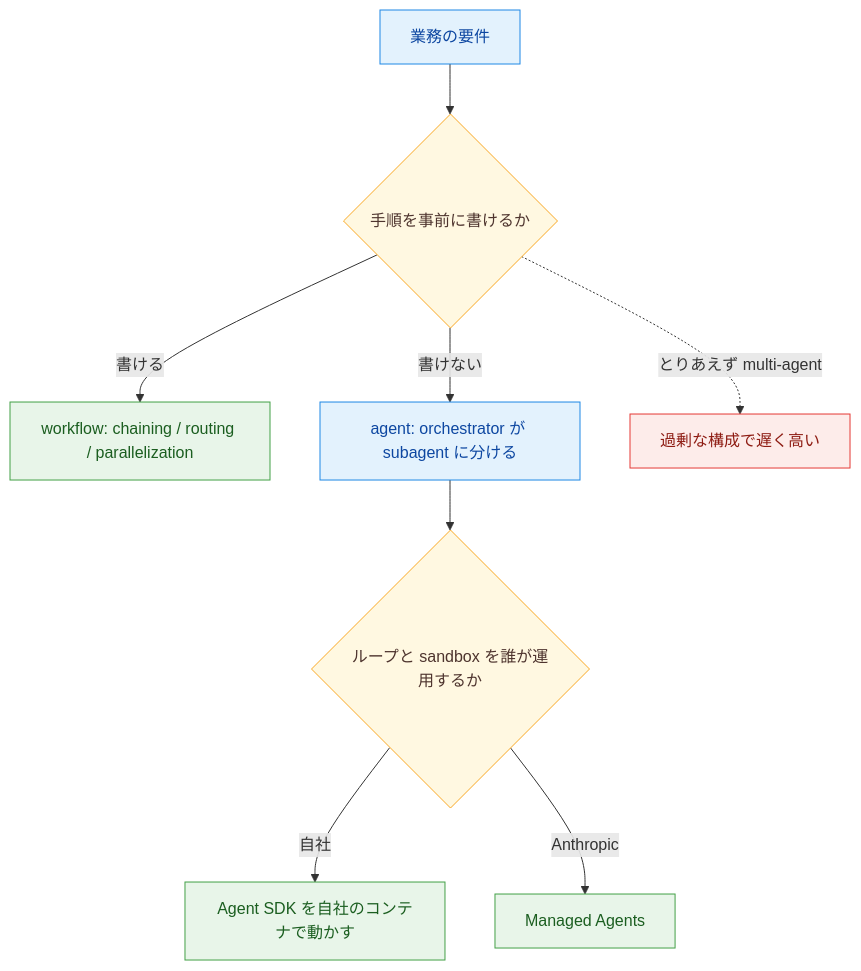
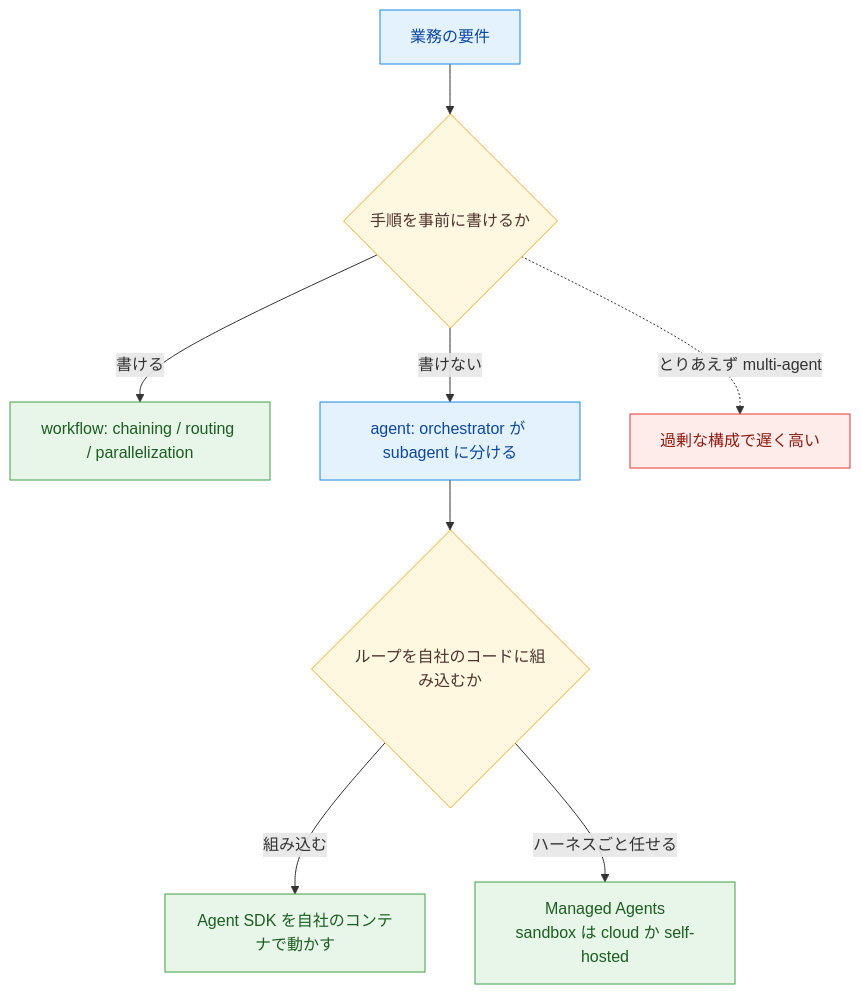
Before and after one commit to yuya-take/yuya-exam-notes: the diagram in ccdv-f/notes/01-agents-workflows/architecture-runtime-selection.md, drawn with Mermaid. The commit also changed other lines of this file and 5 other files, not shown here.

````diff
--- a/ccdv-f/notes/01-agents-workflows/architecture-runtime-selection.md
+++ b/ccdv-f/notes/01-agents-workflows/architecture-runtime-selection.md
@@ -12,18 +12,18 @@
 ```mermaid
 flowchart TD
   A[業務の要件] --> B{手順を事前に書けるか}
   B -- 書ける --> C[workflow: chaining / routing / parallelization]
   B -- 書けない --> D[agent: orchestrator が subagent に分ける]
-  D --> E{ループと sandbox を誰が運用するか}
-  E -- 自社 --> F[Agent SDK を自社のコンテナで動かす]
-  E -- Anthropic --> G[Managed Agents]
+  D --> E{ループを自社のコードに組み込むか}
+  E -- 組み込む --> F[Agent SDK を自社のコンテナで動かす]
+  E -- ハーネスごと任せる --> G[Managed Agents<br/>sandbox は cloud か self-hosted]
   B -. とりあえず multi-agent .-> X[過剰な構成で遅く高い]
   classDef run fill:#e3f2fd,stroke:#1e88e5,color:#0d47a1
   classDef judge fill:#fff8e1,stroke:#f9a825,color:#4e342e
   classDef done fill:#e8f5e9,stroke:#43a047,color:#1b5e20
   classDef ng fill:#fdecea,stroke:#e53935,color:#8e1c13
   class A,D run
   class B,E judge
   class C,F,G done
   class X ng
 ```
````
